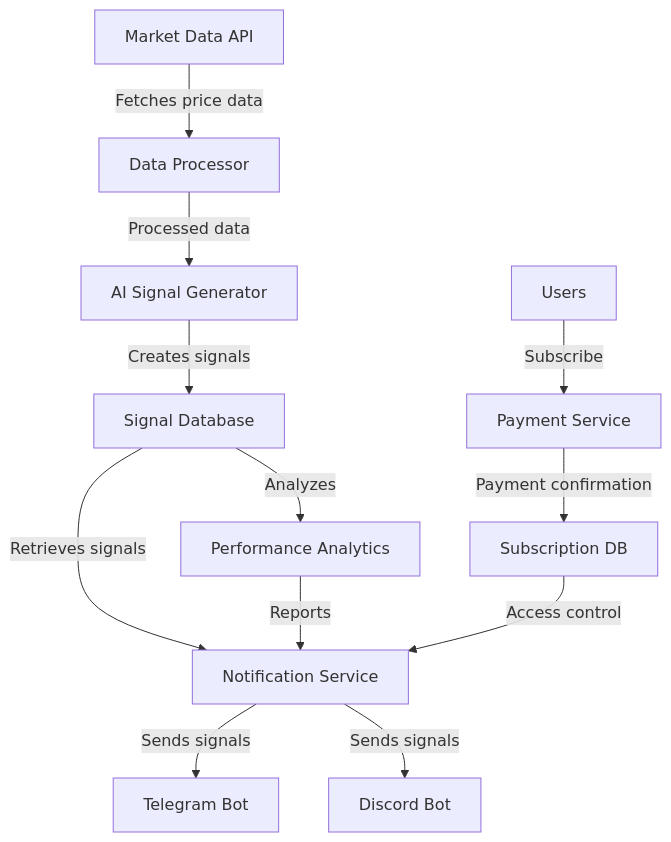
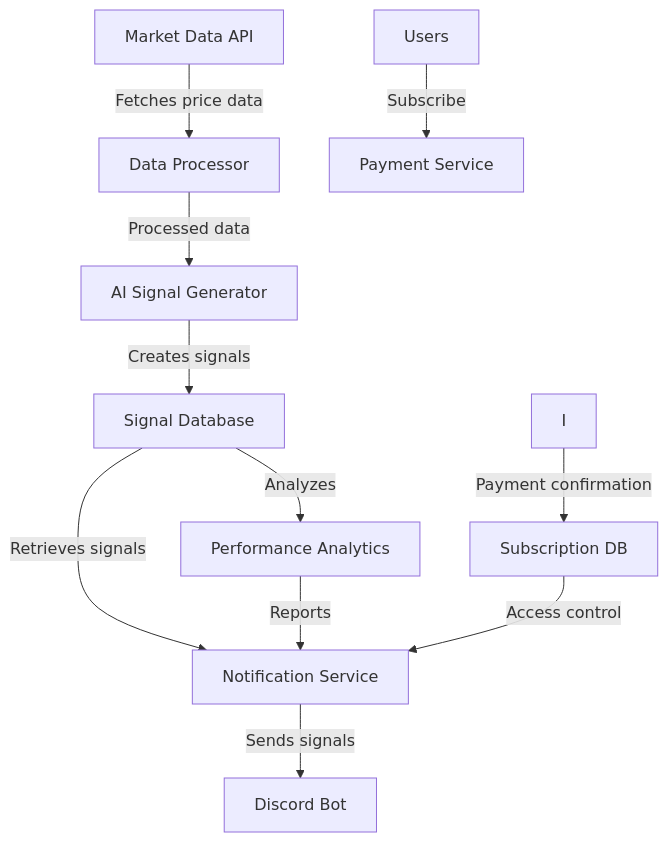
One commit to amodoipeter/Signal-zombitx64 changed the first of 5 diagrams in README.md. Above: the diagram before and after it, drawn with Mermaid. The commit also changed other lines of this file and 7 other files, not shown here.

Commit message:
Refactor Discord bot integration and remove Telegram bot support

````diff
--- a/README.md
+++ b/README.md
@@ -19,14 +18,13 @@
 ```mermaid
 graph TD
     A[Market Data API] -->|Fetches price data| B[Data Processor]
     B -->|Processed data| C[AI Signal Generator]
     C -->|Creates signals| D[Signal Database]
     D -->|Retrieves signals| E[Notification Service]
-    E -->|Sends signals| F[Telegram Bot]
-    E -->|Sends signals| G[Discord Bot]
-    H[Users] -->|Subscribe| I[Payment Service]
+    E -->|Sends signals| F[Discord Bot]
+    G[Users] -->|Subscribe| H[Payment Service]
     I -->|Payment confirmation| J[Subscription DB]
     J -->|Access control| E
     D -->|Analyzes| K[Performance Analytics]
     K -->|Reports| E
 ```
````
